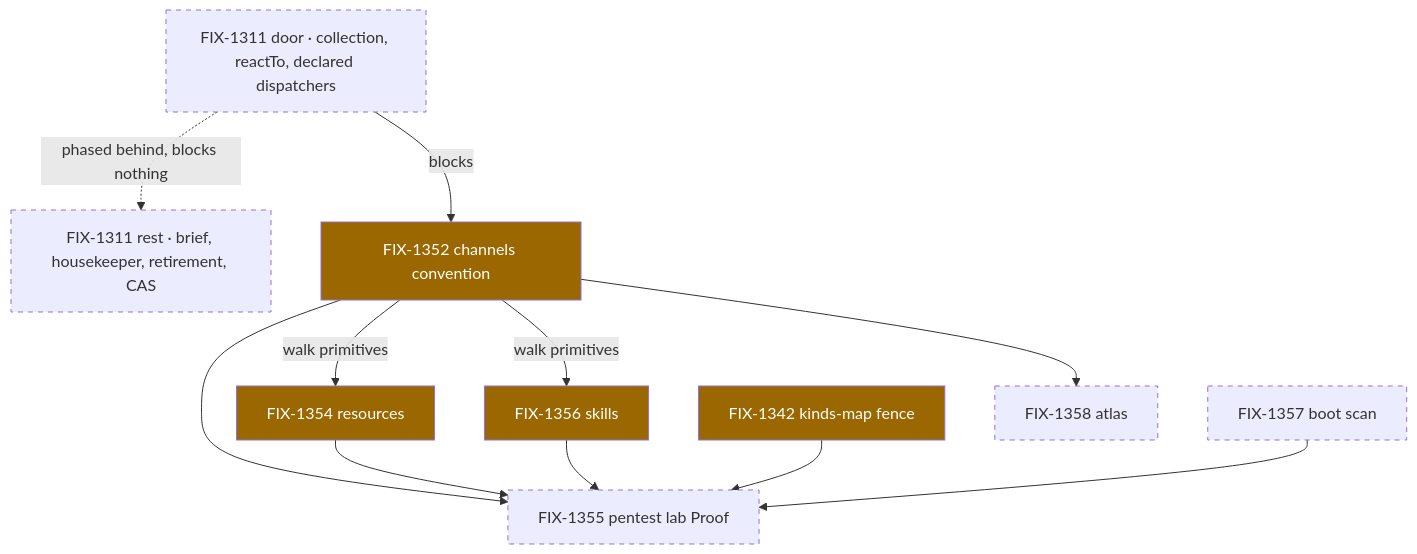
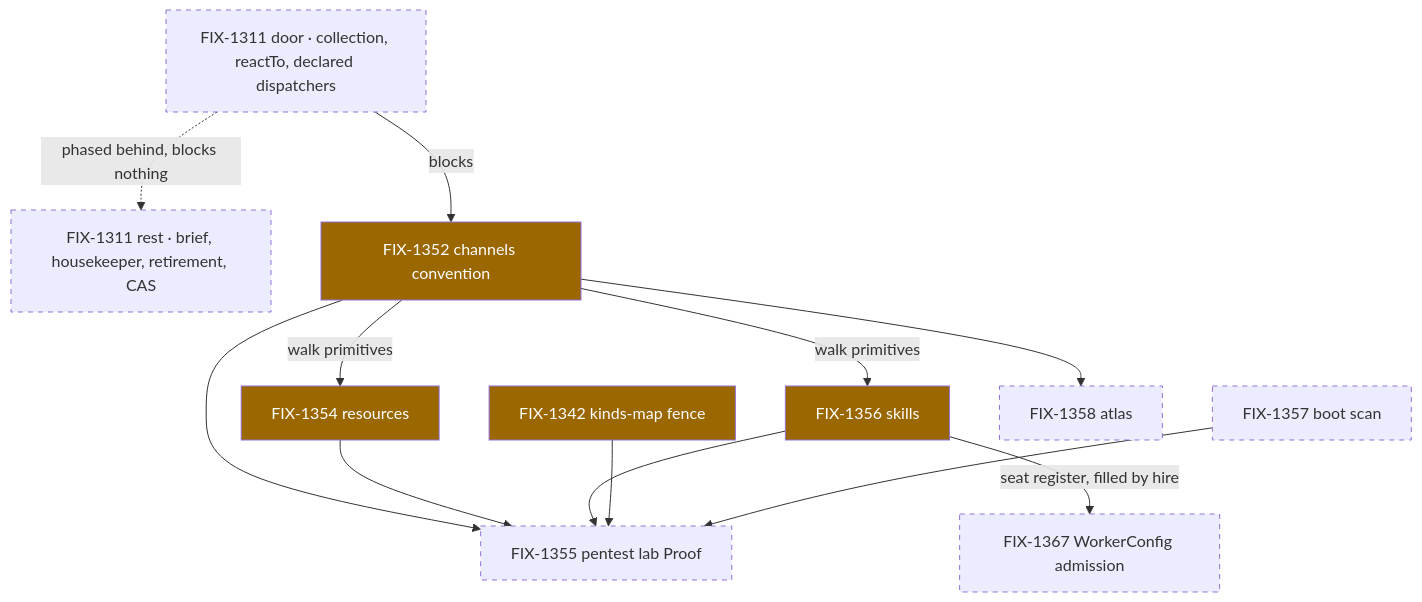
One commit to fixpoint-labs/flow-state-dev changed the third of 3 diagrams in spec/_epics/file-convention-surface.explainer.md. Above: the diagram before and after it, drawn with Mermaid. The commit also changed other lines of this file and 1 other file, not shown here.

First line of the commit message:
spec(epic): thin WorkerConfig admission joins the W3 floor (FIX-1351)

````diff
--- a/spec/_epics/file-convention-surface.explainer.md
+++ b/spec/_epics/file-convention-surface.explainer.md
@@ -50,26 +50,28 @@
 ```mermaid
 flowchart TD
   DOOR["FIX-1311 door · collection, reactTo, declared dispatchers"]
   REST["FIX-1311 rest · brief, housekeeper, retirement, CAS"]
   CH["FIX-1352 channels convention"]
   RES["FIX-1354 resources"]
   SK["FIX-1356 skills"]
   K["FIX-1342 kinds-map fence"]
   BOOT["FIX-1357 boot scan"]
   LAB["FIX-1355 pentest lab Proof"]
   ATL["FIX-1358 atlas"]
+  CFG["FIX-1367 WorkerConfig admission"]
   DOOR -->|blocks| CH
   DOOR -.->|"phased behind, blocks nothing"| REST
   CH -->|walk primitives| RES
   CH -->|walk primitives| SK
   CH --> LAB
   RES --> LAB
   SK --> LAB
   K --> LAB
   BOOT --> LAB
   CH --> ATL
+  SK -->|"seat register, filled by hire"| CFG
   classDef inflight fill:#9a6700,color:#fff
   classDef todo stroke-dasharray:5 5
   class CH,RES,SK,K inflight
-  class DOOR,REST,LAB,ATL,BOOT todo
+  class DOOR,REST,LAB,ATL,BOOT,CFG todo
 ```
````
